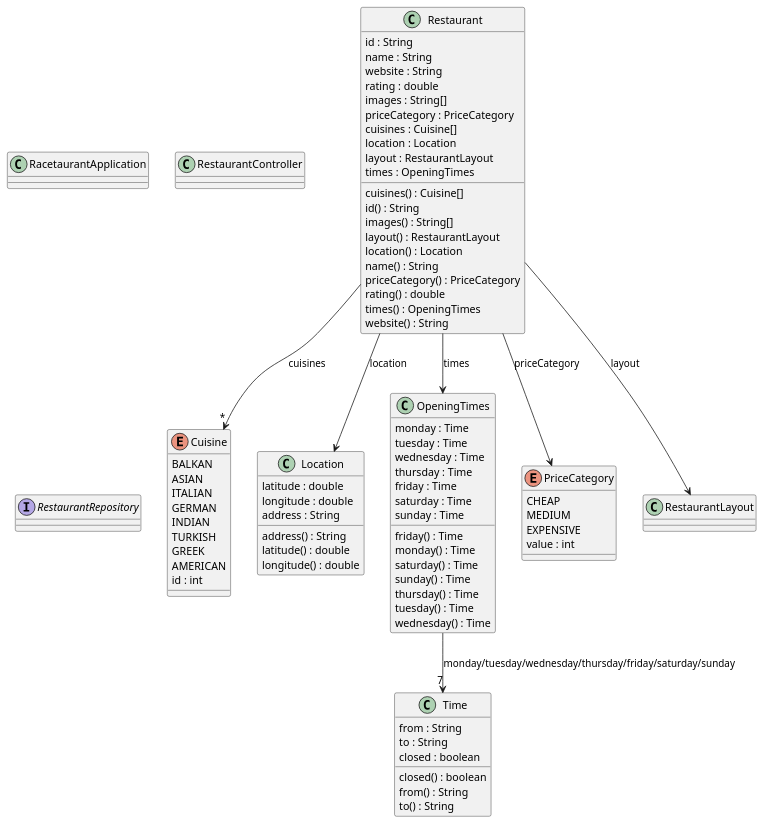
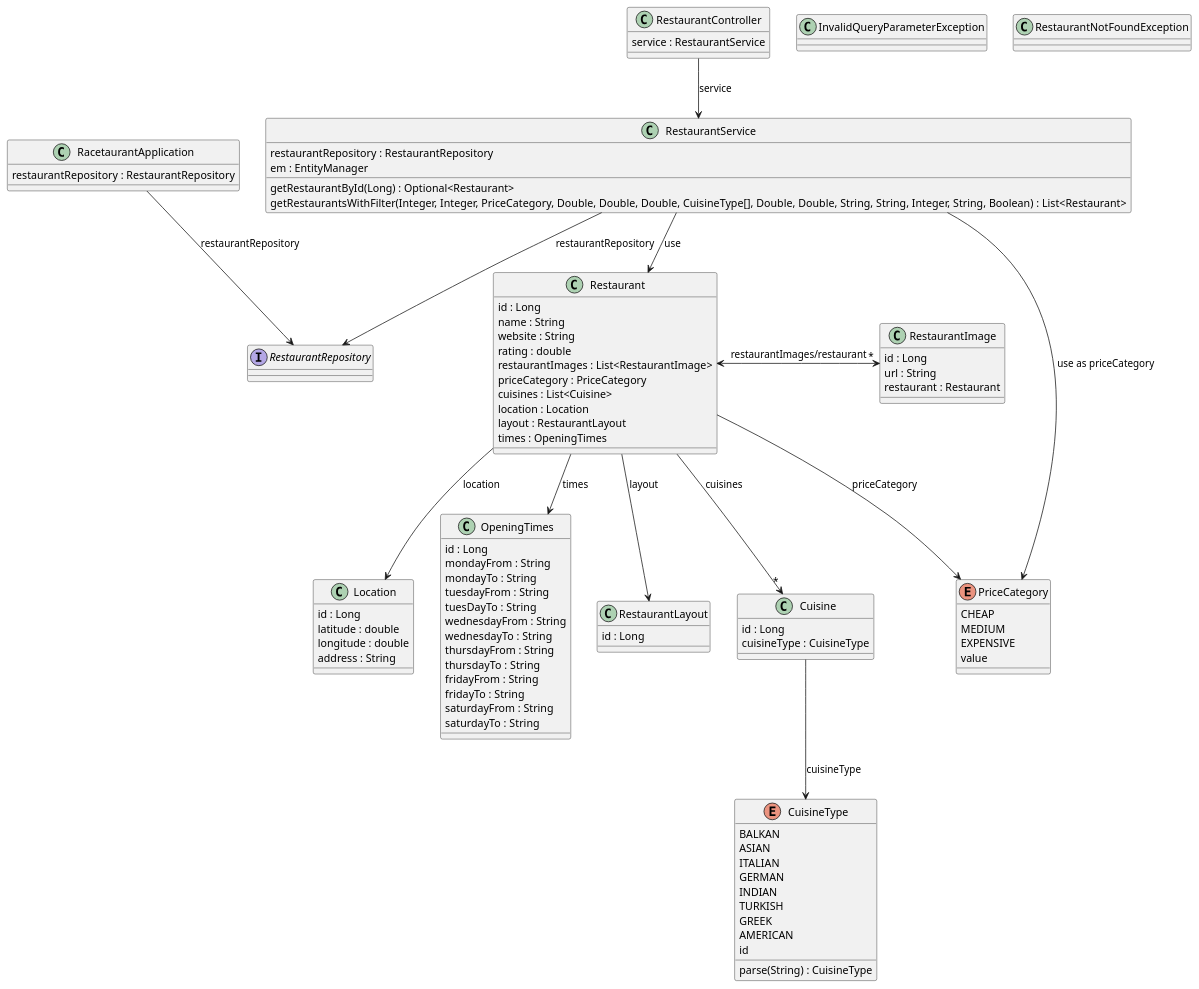
One commit to ludwiggr/Racetaurant changed the diagram in docs/analysis_object_model.plantuml. Above: the diagram before and after it, drawn with PlantUML.

Commit message:
Generated uml class diagram

```diff
--- a/docs/analysis_object_model.plantuml
+++ b/docs/analysis_object_model.plantuml
@@ -1,95 +1,108 @@
-@startuml Racetaurant Analysis Object Model
+@startuml
 
-enum "Cuisine" {
+class "Cuisine" {
+  id : Long
+  cuisineType : CuisineType
+}
+
+enum "CuisineType" {
   BALKAN
   ASIAN
   ITALIAN
   GERMAN
   INDIAN
   TURKISH
   GREEK
   AMERICAN
-  id : int
+  id
+  parse(String) : CuisineType
 }
 
+class "InvalidQueryParameterException"
+
 class "Location" {
+  id : Long
   latitude : double
   longitude : double
   address : String
-  address() : String
-  latitude() : double
-  longitude() : double
 }
 
 class "OpeningTimes" {
-  monday : Time
-  tuesday : Time
-  wednesday : Time
-  thursday : Time
-  friday : Time
-  saturday : Time
-  sunday : Time
-  friday() : Time
-  monday() : Time
-  saturday() : Time
-  sunday() : Time
-  thursday() : Time
-  tuesday() : Time
-  wednesday() : Time
+  id : Long
+  mondayFrom : String
+  mondayTo : String
+  tuesdayFrom : String
+  tuesDayTo : String
+  wednesdayFrom : String
+  wednesdayTo : String
+  thursdayFrom : String
+  thursdayTo : String
+  fridayFrom : String
+  fridayTo : String
+  saturdayFrom : String
+  saturdayTo : String
 }
 
 enum "PriceCategory" {
   CHEAP
   MEDIUM
   EXPENSIVE
-  value : int
+  value
 }
 
-class "RacetaurantApplication"
+class "RacetaurantApplication" {
+  restaurantRepository : RestaurantRepository
+}
 
 class "Restaurant" {
-  id : String
+  id : Long
   name : String
   website : String
   rating : double
-  images : String[]
+  restaurantImages : List<RestaurantImage>
   priceCategory : PriceCategory
-  cuisines : Cuisine[]
+  cuisines : List<Cuisine>
   location : Location
   layout : RestaurantLayout
   times : OpeningTimes
-  cuisines() : Cuisine[]
-  id() : String
-  images() : String[]
-  layout() : RestaurantLayout
-  location() : Location
-  name() : String
-  priceCategory() : PriceCategory
-  rating() : double
-  times() : OpeningTimes
-  website() : String
 }
 
-class "RestaurantController"
+class "RestaurantController" {
+  service : RestaurantService
+}
 
-class "RestaurantLayout"
+class "RestaurantImage" {
+  id : Long
+  url : String
+  restaurant : Restaurant
+}
+
+class "RestaurantLayout" {
+  id : Long
+}
+
+class "RestaurantNotFoundException"
 
 interface "RestaurantRepository"
 
-class "Time" {
-  from : String
-  to : String
-  closed : boolean
-  closed() : boolean
-  from() : String
-  to() : String
+class "RestaurantService" {
+  restaurantRepository : RestaurantRepository
+  em : EntityManager
+  getRestaurantById(Long) : Optional<Restaurant>
+  getRestaurantsWithFilter(Integer, Integer, PriceCategory, Double, Double, Double, CuisineType[], Double, Double, String, String, Integer, String, Boolean) : List<Restaurant>
 }
 
-"OpeningTimes" --> "7" "Time" : monday/tuesday/wednesday/thursday/friday/saturday/sunday
+"Cuisine" --> "CuisineType" : cuisineType
+"RacetaurantApplication" --> "RestaurantRepository" : restaurantRepository
+"RestaurantController" --> "RestaurantService" : service
+"Restaurant" --> "*" "Cuisine" : cuisines
 "Restaurant" --> "Location" : location
 "Restaurant" --> "OpeningTimes" : times
 "Restaurant" --> "PriceCategory" : priceCategory
+"Restaurant" <-> "*" "RestaurantImage" : restaurantImages/restaurant
 "Restaurant" --> "RestaurantLayout" : layout
-"Restaurant" --> "*" "Cuisine" : cuisines
+"RestaurantService" --> "PriceCategory" : use as priceCategory
+"RestaurantService" --> "Restaurant" : use
+"RestaurantService" --> "RestaurantRepository" : restaurantRepository
 
 @enduml
```
